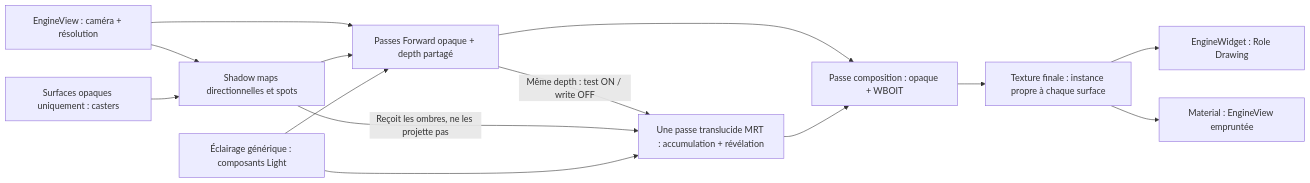
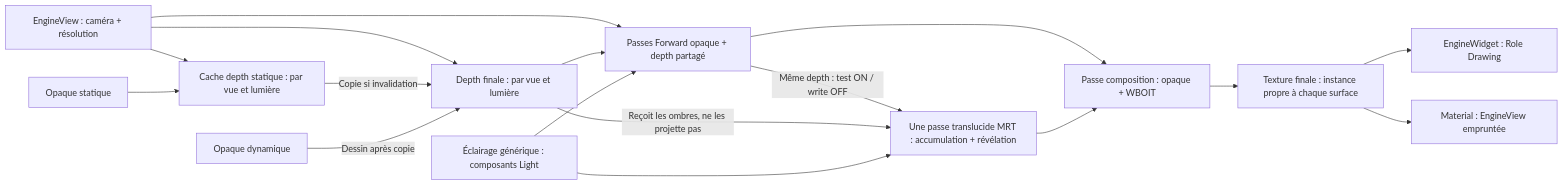
The tenth of 10 diagrams in docs/voxel-engine-v0.1.4-specification.md (EreliaStudio/Sparkle), drawn with Mermaid before and after one commit. The commit also changed other lines of this file, not shown here.

Commit message:
docs(v0.1.4): cache static shadows and compose final depth with dynamic casters on invalidation

````diff
--- a/docs/voxel-engine-v0.1.4-specification.md
+++ b/docs/voxel-engine-v0.1.4-specification.md
@@ -905,16 +917,19 @@
 ```mermaid
 flowchart LR
-  S["EngineView : caméra + résolution"] --> Shadow["Shadow maps directionnelles et spots"]
-  Casters["Surfaces opaques uniquement : casters"] --> Shadow
+  S["EngineView : caméra + résolution"] --> StaticShadow["Cache depth statique : par vue et lumière"]
+  S --> FinalShadow["Depth finale : par vue et lumière"]
+  StaticCasters["Opaque statique"] --> StaticShadow
+  StaticShadow -->|"Copie si invalidation"| FinalShadow
+  DynamicCasters["Opaque dynamique"] -->|"Dessin après copie"| FinalShadow
   S --> Opaque["Passes Forward opaque + depth partagé"]
-  Shadow --> Opaque
+  FinalShadow --> Opaque
   Opaque -->|"Même depth : test ON / write OFF"| Trans["Une passe translucide MRT : accumulation + révélation"]
-  Shadow -->|"Reçoit les ombres, ne les projette pas"| Trans
+  FinalShadow -->|"Reçoit les ombres, ne les projette pas"| Trans
   Opaque --> Compose["Passe composition : opaque + WBOIT"]
   Trans --> Compose
   Compose --> Tex["Texture finale : instance propre à chaque surface"]
   Tex --> Main["EngineWidget : Role Drawing"]
   Tex --> Other["Material : EngineView empruntée"]
   L["Éclairage générique : composants Light"] --> Opaque
   L --> Trans
 ```
````
